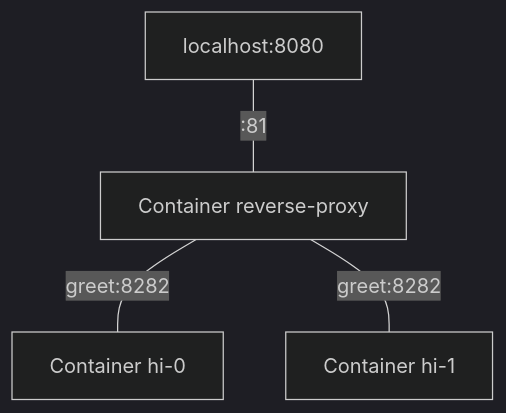
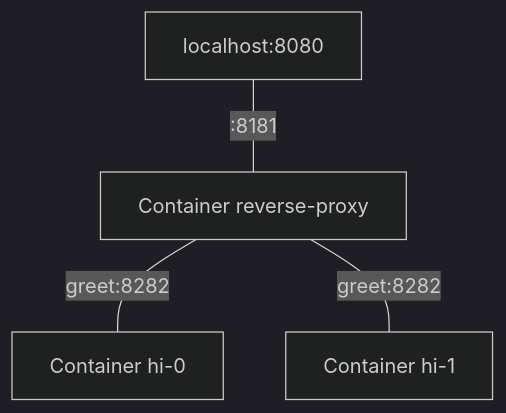
Before and after one commit to evolutics/zero-downtime-deployments-with-podman: the diagram in README.md, drawn with Mermaid (dark theme). The commit also changed other lines of this file and 1 other file, not shown here.

````diff
--- a/README.md
+++ b/README.md
@@ -12,6 +12,6 @@
 ```mermaid
 flowchart TD
-    localhost:8080 ---|:81| proxy[Container reverse-proxy]
+    localhost:8080 ---|:8181| proxy[Container reverse-proxy]
     proxy ---|greet:8282| hi0[Container hi-0]
     proxy ---|greet:8282| hi1[Container hi-1]
 ```
````
